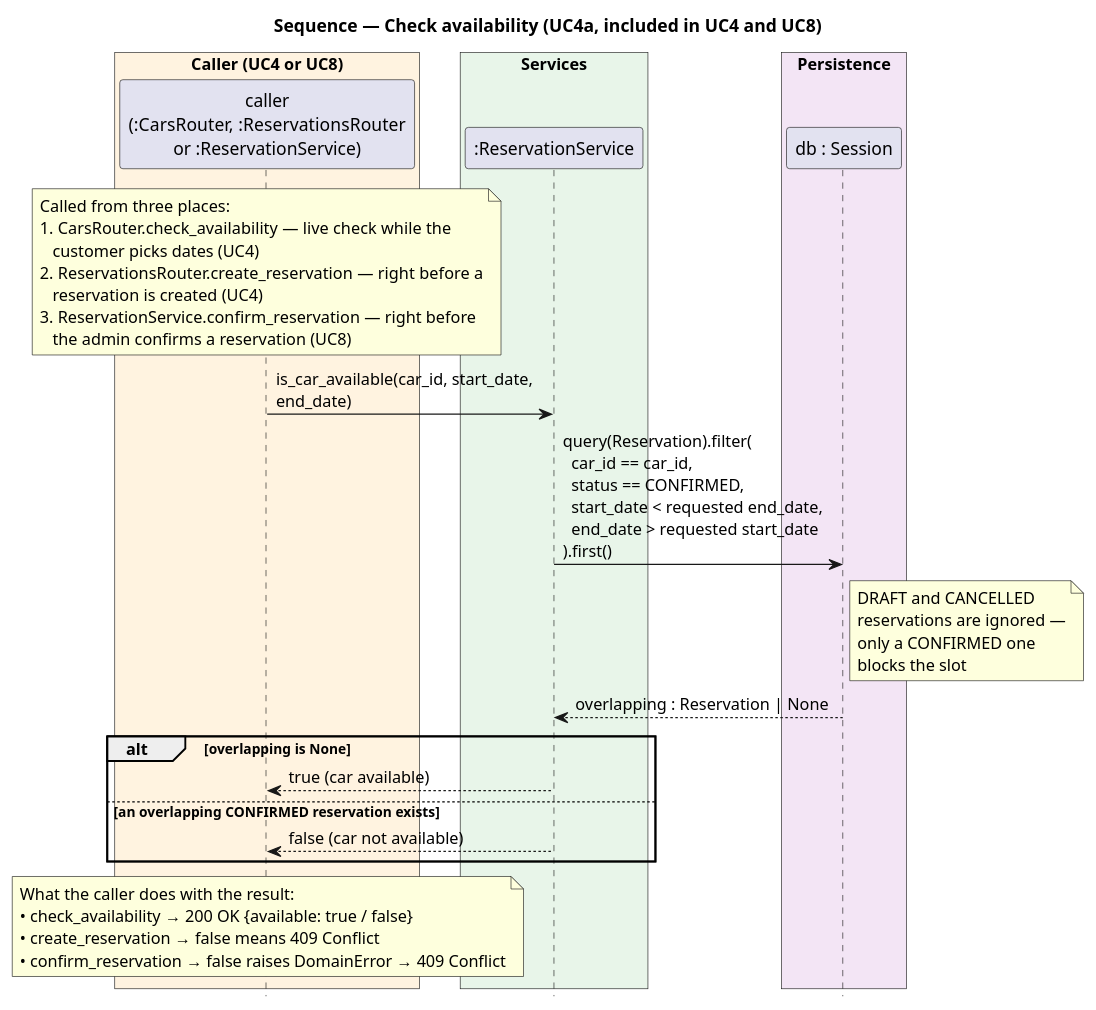
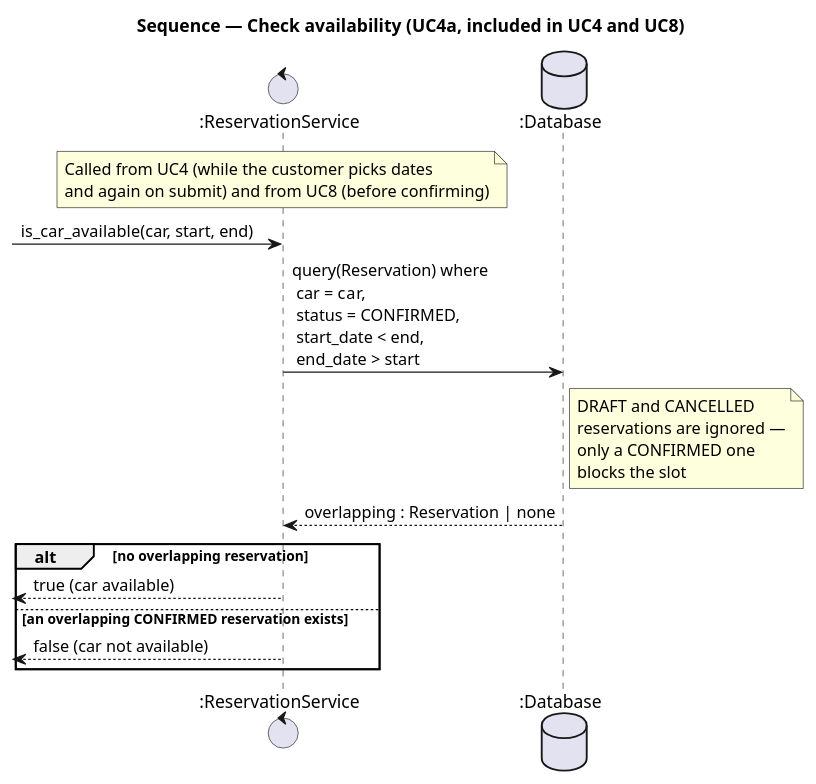
Before and after one commit to DavidMagyarics/CarRentalVSB: the diagram in docs/diagrams/sequence-check-availability.puml, drawn with PlantUML. The commit also changed 13 other files, not shown here.

Commit message:
docs: simplify the class and sequence diagrams to the main boundary, control and entity classes

```diff
--- a/docs/diagrams/sequence-check-availability.puml
+++ b/docs/diagrams/sequence-check-availability.puml
@@ -1,50 +1,29 @@
 @startuml sequence-check-availability
 skinparam backgroundColor white
 skinparam responseMessageBelowArrow true
-skinparam maxMessageSize 240
-hide footbox
+skinparam maxMessageSize 260
 title Sequence — Check availability (UC4a, included in UC4 and UC8)
+control ":ReservationService" as Res
+database ":Database" as DB
 
-box "Caller (UC4 or UC8)" #FFF3E0
-  participant "caller\n(:CarsRouter, :ReservationsRouter\nor :ReservationService)" as Caller
-end box
-box "Services" #E8F5E9
-  participant ":ReservationService" as ResService
-end box
-box "Persistence" #F3E5F5
-  participant "db : Session" as DB
-end box
-
-note over Caller
-  Called from three places:
-  1. CarsRouter.check_availability — live check while the
-     customer picks dates (UC4)
-  2. ReservationsRouter.create_reservation — right before a
-     reservation is created (UC4)
-  3. ReservationService.confirm_reservation — right before
-     the admin confirms a reservation (UC8)
+note over Res
+  Called from UC4 (while the customer picks dates
+  and again on submit) and from UC8 (before confirming)
 end note
 
-Caller -> ResService : is_car_available(car_id, start_date, end_date)
-ResService -> DB : query(Reservation).filter(\n  car_id == car_id,\n  status == CONFIRMED,\n  start_date < requested end_date,\n  end_date > requested start_date\n).first()
+[-> Res : is_car_available(car, start, end)
+Res -> DB : query(Reservation) where\n car = car,\n status = CONFIRMED,\n start_date < end,\n end_date > start
 note right of DB
   DRAFT and CANCELLED
   reservations are ignored —
   only a CONFIRMED one
   blocks the slot
 end note
-DB --> ResService : overlapping : Reservation | None
+DB --> Res : overlapping : Reservation | none
 
-alt overlapping is None
-  ResService --> Caller : true (car available)
+alt no overlapping reservation
+  [<-- Res : true (car available)
 else an overlapping CONFIRMED reservation exists
-  ResService --> Caller : false (car not available)
+  [<-- Res : false (car not available)
 end
-
-note over Caller
-  What the caller does with the result:
-  • check_availability → 200 OK {available: true / false}
-  • create_reservation → false means 409 Conflict
-  • confirm_reservation → false raises DomainError → 409 Conflict
-end note
 @enduml
```
